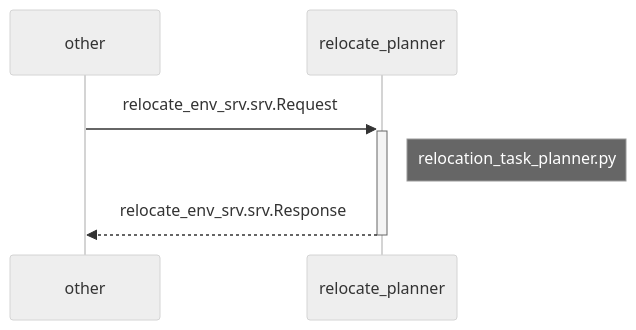
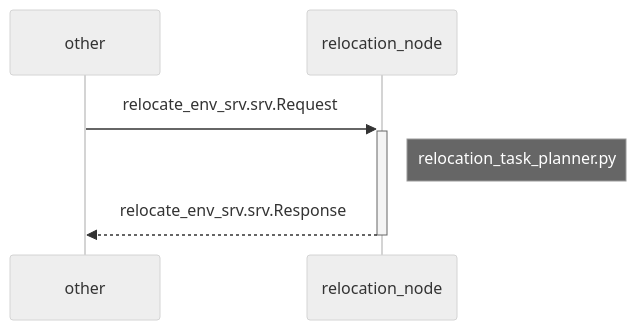
The diagram in socialrobot_reasoner/relocation_node/README.md (Osseri/Group3-Socialrobot), drawn with Mermaid (neutral theme) before and after one commit. The commit also changed other lines of this file and 326 other files, not shown here.

````diff
--- a/socialrobot_reasoner/relocation_node/README.md
+++ b/socialrobot_reasoner/relocation_node/README.md
@@ -57,8 +58,8 @@
 ```mermaid
 sequenceDiagram
 
-other ->>+ relocate_planner: relocate_env_srv.srv.Request
-Note right of relocate_planner: relocation_task_planner.py
+other ->>+ relocation_node: relocate_env_srv.srv.Request
+Note right of relocation_node: relocation_task_planner.py
 
-relocate_planner -->>- other: relocate_env_srv.srv.Response
+relocation_node -->>- other: relocate_env_srv.srv.Response
 ```
````
